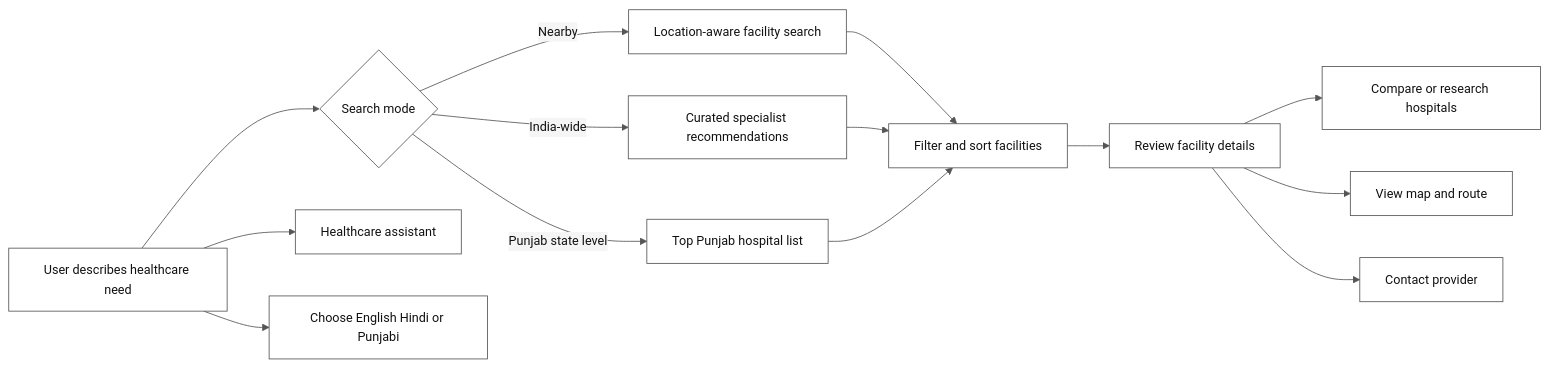
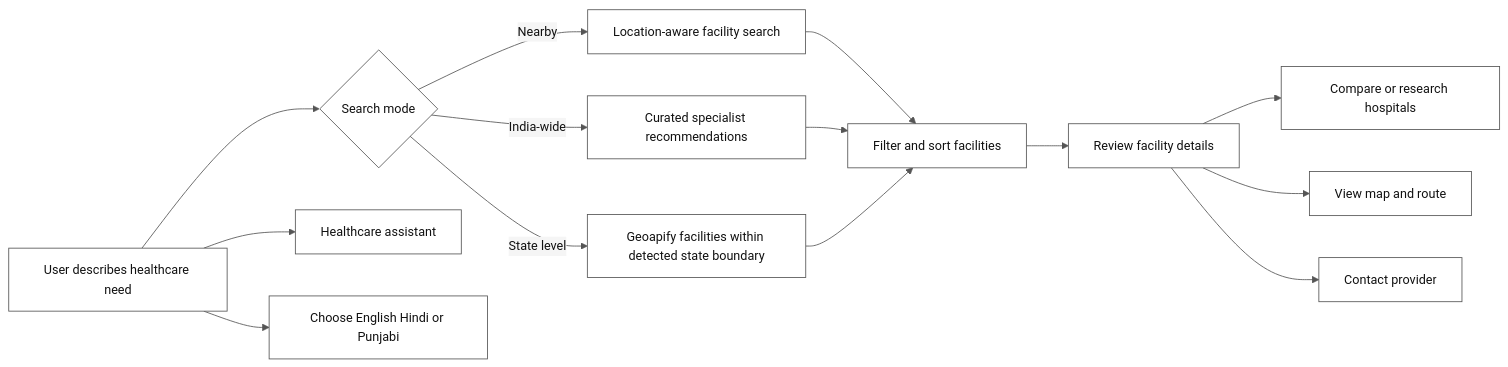
The first of 3 diagrams in PROJECT INFORMATION/PROJECT-OVERVIEW.md (vanshkatnor1505/BuiltTechies), drawn with Mermaid before and after one commit. The commit also changed other lines of this file, not shown here.

Commit message:
feat: update project overview to reflect state-boundary facility search using Geoapify listings

````diff
--- a/PROJECT INFORMATION/PROJECT-OVERVIEW.md
+++ b/PROJECT INFORMATION/PROJECT-OVERVIEW.md
@@ -23,17 +24,17 @@
 ```mermaid
 %%{init: {'theme':'base', 'themeVariables': {'primaryColor':'#ffffff','primaryTextColor':'#111111','primaryBorderColor':'#555555','lineColor':'#555555','secondaryColor':'#f5f5f5','tertiaryColor':'#ffffff','fontSize':'15px','darkMode':false,'background':'#ffffff'}}}%%
 flowchart LR
     A[User describes healthcare need] --> B{Search mode}
     B -->|Nearby| C[Location-aware facility search]
     B -->|India-wide| D[Curated specialist recommendations]
-    B -->|Punjab state level| E[Top Punjab hospital list]
+    B -->|State level| E[Geoapify facilities within detected state boundary]
     C --> F[Filter and sort facilities]
     D --> F
     E --> F
     F --> G[Review facility details]
     G --> H[Compare or research hospitals]
     G --> I[View map and route]
     G --> J[Contact provider]
     A --> K[Healthcare assistant]
     A --> L[Choose English Hindi or Punjabi]
 ```
````
